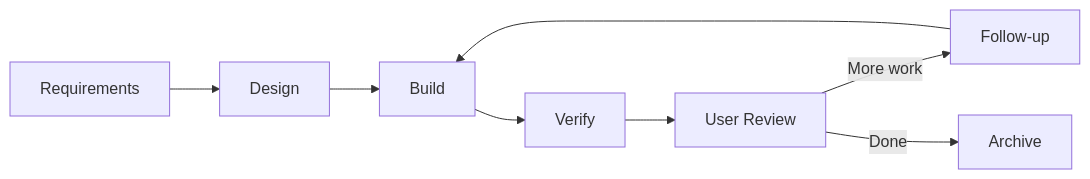
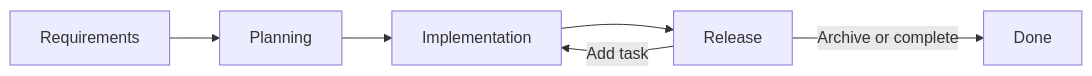
Before and after one commit to rp1-run/rp1: the first of 3 diagrams in docs/guides/feature-development.md, drawn with Mermaid. The commit also changed other lines of this file and 41 other files, not shown here.

````diff
--- a/docs/guides/feature-development.md
+++ b/docs/guides/feature-development.md
@@ -101,10 +101,8 @@
 ```mermaid
 flowchart LR
-    R[Requirements] --> D[Design]
-    D --> Bu[Build]
-    Bu --> V[Verify]
-    V --> UR[User Review]
-    UR -->|More work| F[Follow-up]
-    F --> Bu
-    UR -->|Done| A[Archive]
+    R[Requirements] --> P[Planning]
+    P --> I[Implementation]
+    I --> L[Release]
+    L -->|Add task| I
+    L -->|Archive or complete| Done[Done]
 ```
````
